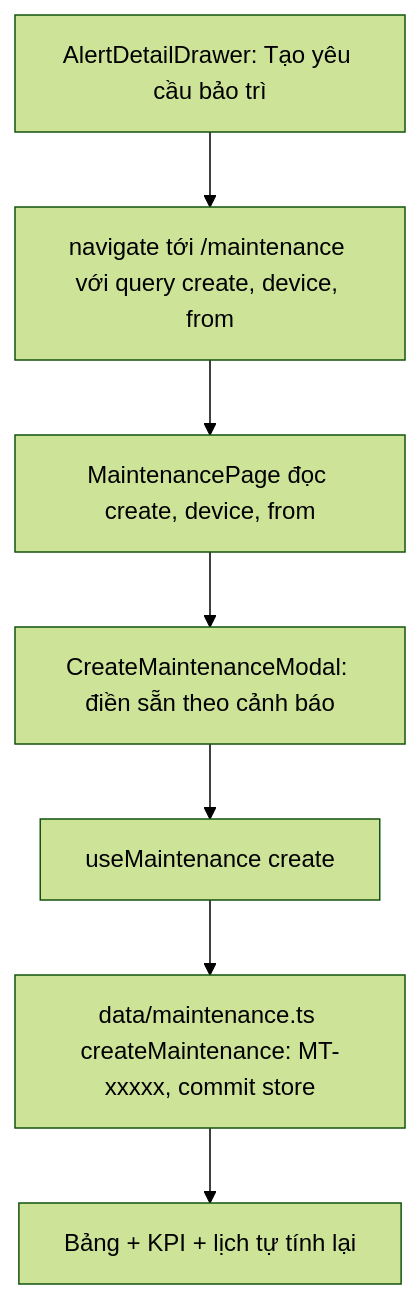
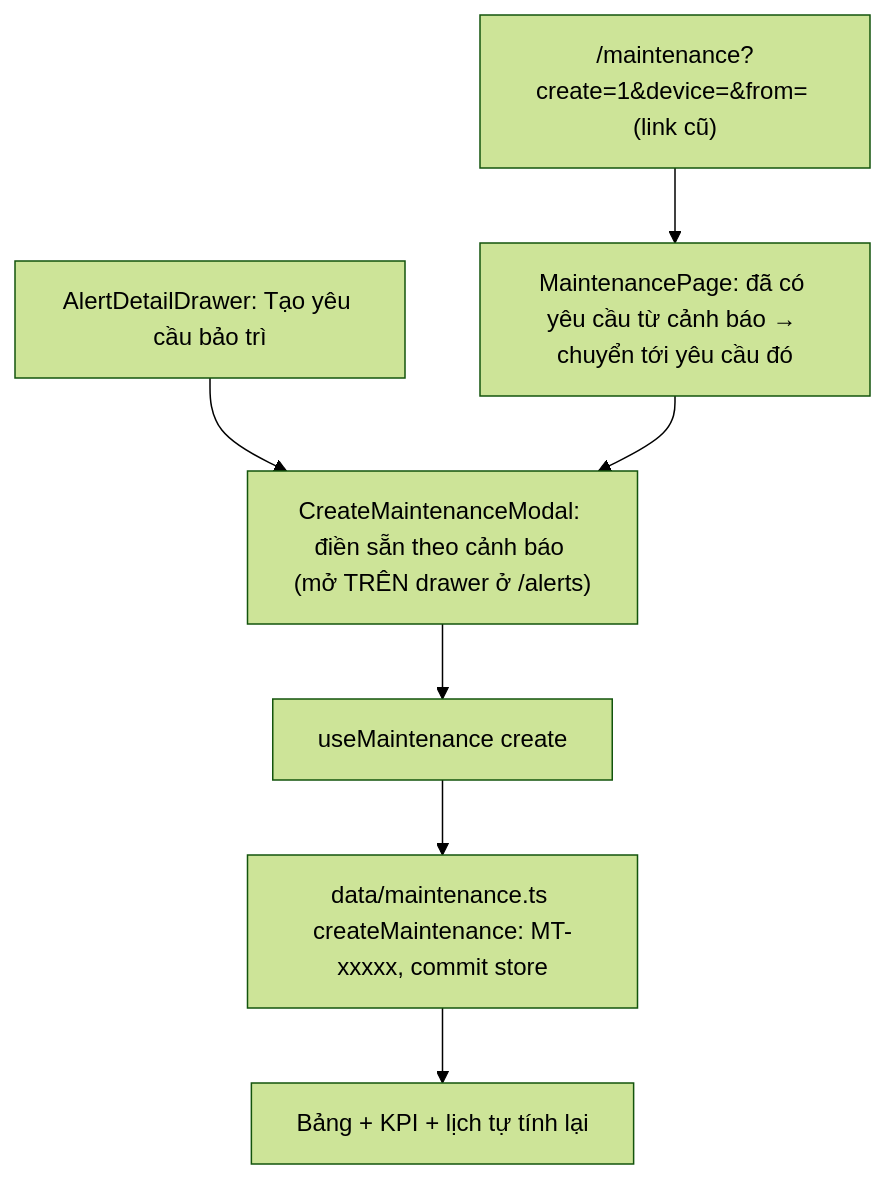
Before and after one commit to tuanpq-dev/demo-lpg: the fifth of 10 diagrams in GUIDE.md, drawn with Mermaid (forest theme). The commit also changed other lines of this file and 1 other file, not shown here.

First line of the commit message:
docs: document alert drawer kinds, fire alerts and mobile header TODO

````diff
--- a/GUIDE.md
+++ b/GUIDE.md
@@ -237,9 +248,9 @@
 ```mermaid
 flowchart TD
-  A["AlertDetailDrawer: Tạo yêu cầu bảo trì"] --> B["navigate tới /maintenance với query create, device, from"]
-  B --> C["MaintenancePage đọc create, device, from"]
-  C --> D["CreateMaintenanceModal: điền sẵn theo cảnh báo"]
+  A["AlertDetailDrawer: Tạo yêu cầu bảo trì"] --> D
+  B["/maintenance?create=1&device=&from= (link cũ)"] --> C["MaintenancePage: đã có yêu cầu từ cảnh báo → chuyển tới yêu cầu đó"]
+  C --> D["CreateMaintenanceModal: điền sẵn theo cảnh báo (mở TRÊN drawer ở /alerts)"]
   D --> E["useMaintenance create"]
   E --> F["data/maintenance.ts createMaintenance: MT-xxxxx, commit store"]
   F --> G["Bảng + KPI + lịch tự tính lại"]
 ```
````
